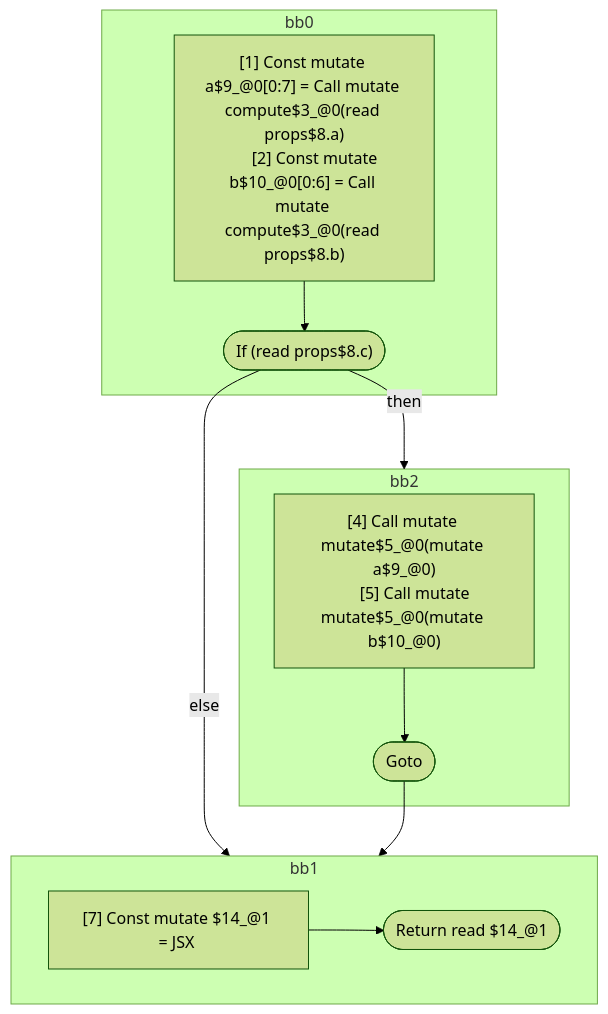
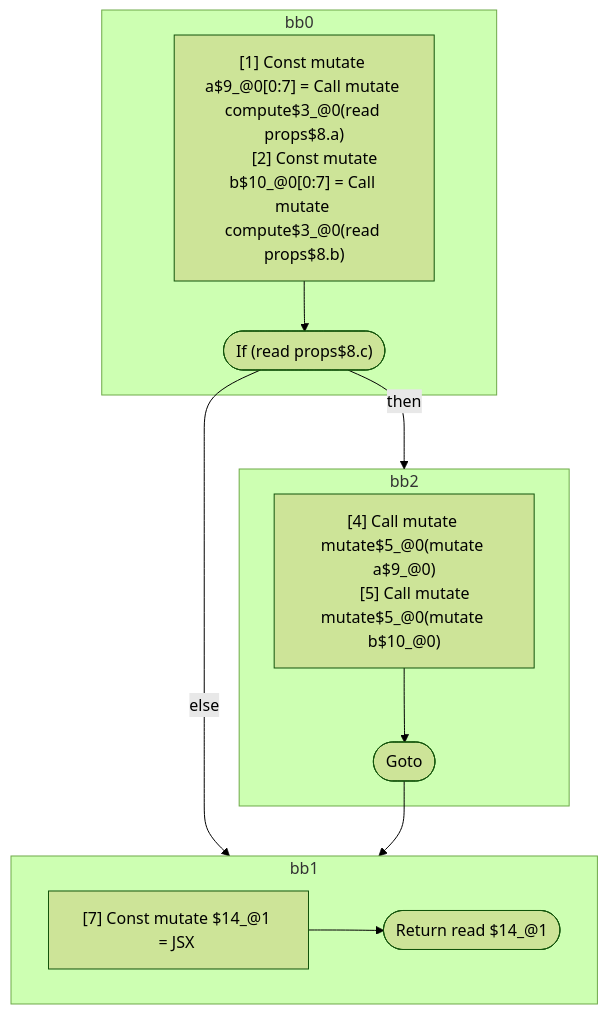
The fifth of 5 diagrams in compiler/forget/src/__tests__/fixtures/hir/independent-across-if.expect.md (wutsmog/private), drawn with Mermaid (forest theme) before and after one commit. The commit also changed other lines of this file and 30 other files, not shown here.

First line of the commit message:
Merge scopes that interleave or cross control-flow boundaries together

````diff
--- a/compiler/forget/src/__tests__/fixtures/hir/independent-across-if.expect.md
+++ b/compiler/forget/src/__tests__/fixtures/hir/independent-across-if.expect.md
@@ -160,30 +160,30 @@
 ```mermaid
 flowchart TB
   %% Basic Blocks
   subgraph bb0
     bb0_instrs["
       [1] Const mutate a$9_@0[0:7] = Call mutate compute$3_@0(read props$8.a)
-      [2] Const mutate b$10_@0[0:6] = Call mutate compute$3_@0(read props$8.b)
+      [2] Const mutate b$10_@0[0:7] = Call mutate compute$3_@0(read props$8.b)
     "]
     bb0_instrs --> bb0_terminal(["If (read props$8.c)"])
   end
   subgraph bb2
     bb2_instrs["
       [4] Call mutate mutate$5_@0(mutate a$9_@0)
       [5] Call mutate mutate$5_@0(mutate b$10_@0)
     "]
     bb2_instrs --> bb2_terminal(["Goto"])
   end
   subgraph bb1
     bb1_instrs["
       [7] Const mutate $14_@1 = JSX <read Foo$6 a={freeze a$9_@0} b={freeze b$10_@0} ></read Foo$6>
     "]
     bb1_instrs --> bb1_terminal(["Return read $14_@1"])
   end
 
   %% Jumps
   bb0_terminal -- "then" --> bb2
   bb0_terminal -- "else" --> bb1
   bb2_terminal --> bb1
 
 ```
````
